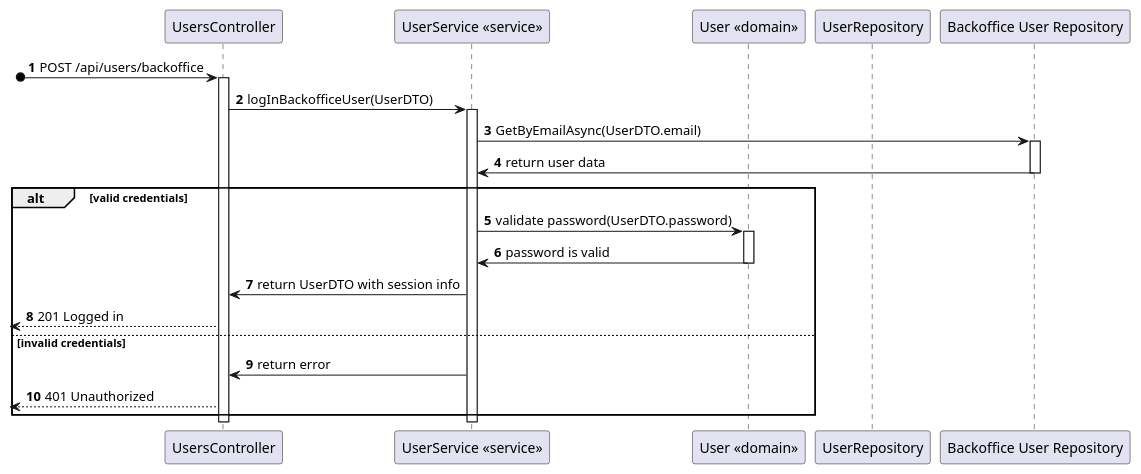
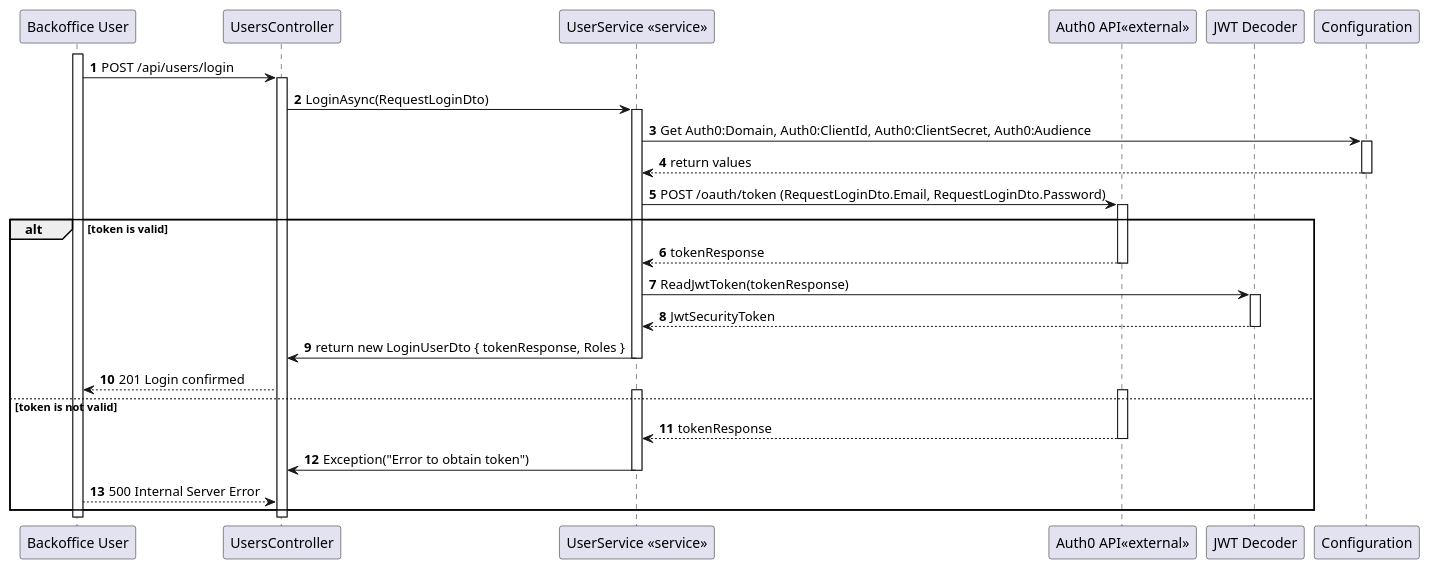
Before and after one commit to Lapr5G21/sem5pi-24-25-3ddg21: the diagram in docs/BackofficeUserLogIn/views/level3/process-view2.puml, drawn with PlantUML. The commit also changed 11 other files, not shown here.

Commit message:
Complete Diagrams #7

```diff
--- a/docs/BackofficeUserLogIn/views/level3/process-view2.puml
+++ b/docs/BackofficeUserLogIn/views/level3/process-view2.puml
@@ -1,37 +1,51 @@
-@startuml 
+@startuml
 autonumber
+participant Backoffice as "Backoffice User"
 participant CTRL as "UsersController"
 participant SERVICE as "UserService <<service>>"
-participant User as "User <<domain>>"
-participant USERREPO as "UserRepository"
-participant BackofficeRepository as "Backoffice User Repository"
+participant AUTH0 as "Auth0 API<<external>>"
+participant JWT as "JWT Decoder"
+participant CONFIG as "Configuration"
 
-?o-> CTRL : POST /api/users/backoffice
+activate Backoffice
+Backoffice -> CTRL : POST /api/users/login
 activate CTRL
 
-CTRL -> SERVICE : logInBackofficeUser(UserDTO)
+CTRL -> SERVICE : LoginAsync(RequestLoginDto)
 activate SERVICE
 
-SERVICE -> BackofficeRepository : GetByEmailAsync(UserDTO.email)
-activate BackofficeRepository
+SERVICE -> CONFIG : Get Auth0:Domain, Auth0:ClientId, Auth0:ClientSecret, Auth0:Audience
+activate CONFIG
+CONFIG --> SERVICE : return values
+deactivate CONFIG
 
-BackofficeRepository -> SERVICE : return user data
-deactivate BackofficeRepository
+SERVICE -> AUTH0 : POST /oauth/token (RequestLoginDto.Email, RequestLoginDto.Password)
+activate AUTH0
 
-alt valid credentials
-    SERVICE -> User : validate password(UserDTO.password)
-    activate User
+alt token is valid
+    AUTH0 --> SERVICE : tokenResponse
+    deactivate AUTH0
 
-    User -> SERVICE : password is valid
-    deactivate User
+    SERVICE -> JWT : ReadJwtToken(tokenResponse)
+    activate JWT
+    JWT --> SERVICE : JwtSecurityToken
+    deactivate JWT
 
-    SERVICE -> CTRL : return UserDTO with session info
-    <-- CTRL : 201 Logged in
-else invalid credentials
-    SERVICE -> CTRL : return error
-    <-- CTRL : 401 Unauthorized
+    SERVICE -> CTRL : return new LoginUserDto { tokenResponse, Roles }
+    deactivate SERVICE
+    CTRL --> Backoffice : 201 Login confirmed
+
+else token is not valid
+    activate AUTH0
+    activate SERVICE
+    AUTH0 --> SERVICE : tokenResponse
+    deactivate AUTH0
+
+    SERVICE -> CTRL : Exception("Error to obtain token")
+    deactivate SERVICE
+    CTRL <-- Backoffice : 500 Internal Server Error
 end
 
-deactivate SERVICE
 deactivate CTRL
+deactivate Backoffice
 @enduml
```
